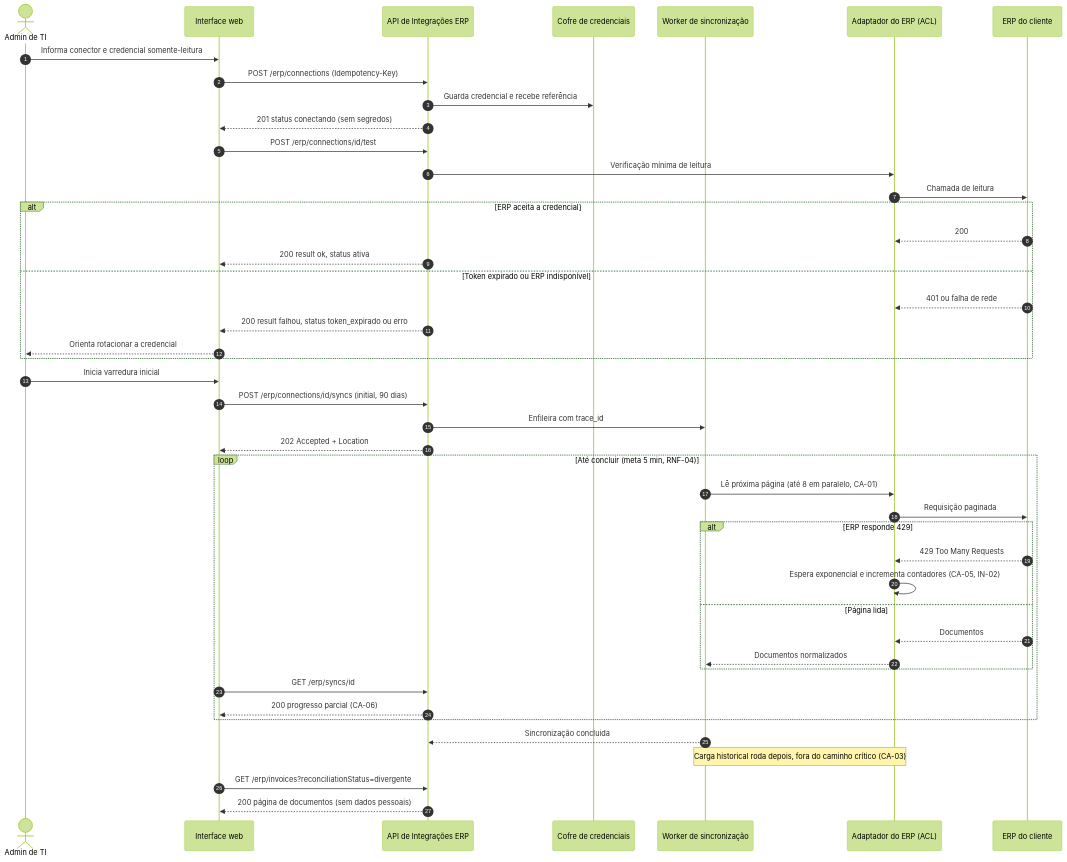
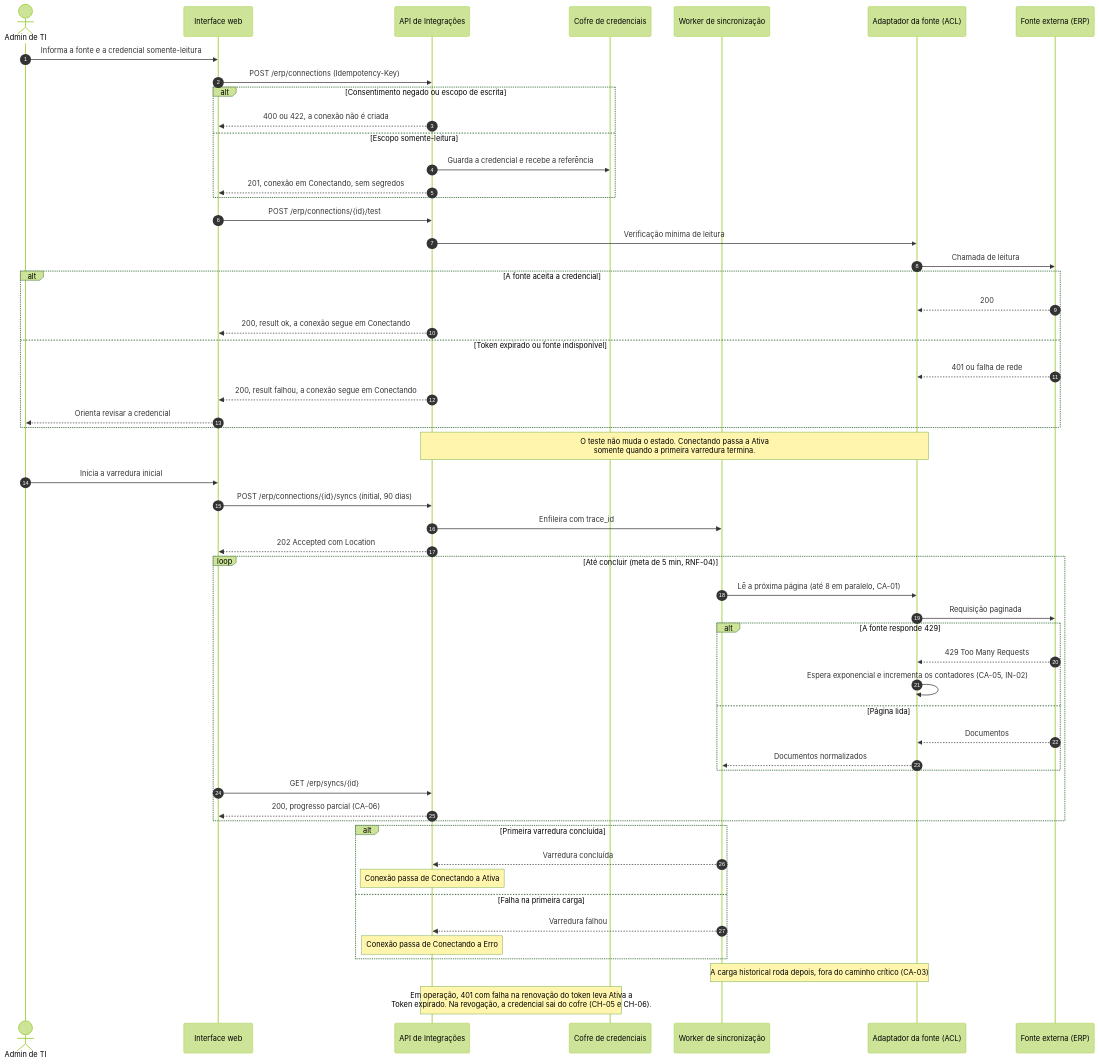
One commit to ES-2026-2/PS changed the eighth of 8 diagrams in semana-07/entregavel-03-diagramas-uml.md. Above: the diagram before and after it, drawn with Mermaid (forest theme). The commit also changed other lines of this file, not shown here.

Commit message:
Refaz entregavel-03 da semana 07 com base na semana 06

````diff
--- a/semana-07/entregavel-03-diagramas-uml.md
+++ b/semana-07/entregavel-03-diagramas-uml.md
@@ -247,48 +1063,63 @@
 ```mermaid
 sequenceDiagram
-  autonumber
-  actor U as Admin de TI
-  participant UI as Interface web
-  participant API as API de Integrações ERP
-  participant COF as Cofre de credenciais
-  participant FILA as Worker de sincronização
-  participant CON as Adaptador do ERP (ACL)
-  participant ERP as ERP do cliente
+    autonumber
+    actor U as Admin de TI
+    participant UI as Interface web
+    participant API as API de Integrações
+    participant COF as Cofre de credenciais
+    participant FILA as Worker de sincronização
+    participant ACL as Adaptador da fonte (ACL)
+    participant FT as Fonte externa (ERP)
 
-  U->>UI: Informa conector e credencial somente-leitura
-  UI->>API: POST /erp/connections (Idempotency-Key)
-  API->>COF: Guarda credencial e recebe referência
-  API-->>UI: 201 status conectando (sem segredos)
-  UI->>API: POST /erp/connections/id/test
-  API->>CON: Verificação mínima de leitura
-  CON->>ERP: Chamada de leitura
-  alt ERP aceita a credencial
-    ERP-->>CON: 200
-    API-->>UI: 200 result ok, status ativa
-  else Token expirado ou ERP indisponível
-    ERP-->>CON: 401 ou falha de rede
-    API-->>UI: 200 result falhou, status token_expirado ou erro
-    UI-->>U: Orienta rotacionar a credencial
-  end
-  U->>UI: Inicia varredura inicial
-  UI->>API: POST /erp/connections/id/syncs (initial, 90 dias)
-  API->>FILA: Enfileira com trace_id
-  API-->>UI: 202 Accepted + Location
-  loop Até concluir (meta 5 min, RNF-04)
-    FILA->>CON: Lê próxima página (até 8 em paralelo, CA-01)
-    CON->>ERP: Requisição paginada
-    alt ERP responde 429
-      ERP-->>CON: 429 Too Many Requests
-      CON->>CON: Espera exponencial e incrementa contadores (CA-05, IN-02)
-    else Página lida
-      ERP-->>CON: Documentos
-      CON-->>FILA: Documentos normalizados
+    U->>UI: Informa a fonte e a credencial somente-leitura
+    UI->>API: POST /erp/connections (Idempotency-Key)
+    alt Consentimento negado ou escopo de escrita
+        API-->>UI: 400 ou 422, a conexão não é criada
+    else Escopo somente-leitura
+        API->>COF: Guarda a credencial e recebe a referência
+        API-->>UI: 201, conexão em Conectando, sem segredos
     end
-    UI->>API: GET /erp/syncs/id
-    API-->>UI: 200 progresso parcial (CA-06)
-  end
-  FILA-->>API: Sincronização concluida
-  Note over FILA,CON: Carga historical roda depois, fora do caminho crítico (CA-03)
-  UI->>API: GET /erp/invoices?reconciliationStatus=divergente
-  API-->>UI: 200 página de documentos (sem dados pessoais)
+
+    UI->>API: POST /erp/connections/{id}/test
+    API->>ACL: Verificação mínima de leitura
+    ACL->>FT: Chamada de leitura
+    alt A fonte aceita a credencial
+        FT-->>ACL: 200
+        API-->>UI: 200, result ok, a conexão segue em Conectando
+    else Token expirado ou fonte indisponível
+        FT-->>ACL: 401 ou falha de rede
+        API-->>UI: 200, result falhou, a conexão segue em Conectando
+        UI-->>U: Orienta revisar a credencial
+    end
+    Note over API,ACL: O teste não muda o estado. Conectando passa a Ativa<br/>somente quando a primeira varredura termina.
+
+    U->>UI: Inicia a varredura inicial
+    UI->>API: POST /erp/connections/{id}/syncs (initial, 90 dias)
+    API->>FILA: Enfileira com trace_id
+    API-->>UI: 202 Accepted com Location
+
+    loop Até concluir (meta de 5 min, RNF-04)
+        FILA->>ACL: Lê a próxima página (até 8 em paralelo, CA-01)
+        ACL->>FT: Requisição paginada
+        alt A fonte responde 429
+            FT-->>ACL: 429 Too Many Requests
+            ACL->>ACL: Espera exponencial e incrementa os contadores (CA-05, IN-02)
+        else Página lida
+            FT-->>ACL: Documentos
+            ACL-->>FILA: Documentos normalizados
+        end
+        UI->>API: GET /erp/syncs/{id}
+        API-->>UI: 200, progresso parcial (CA-06)
+    end
+
+    alt Primeira varredura concluída
+        FILA-->>API: Varredura concluída
+        Note over API: Conexão passa de Conectando a Ativa
+    else Falha na primeira carga
+        FILA-->>API: Varredura falhou
+        Note over API: Conexão passa de Conectando a Erro
+    end
+
+    Note over FILA,ACL: A carga historical roda depois, fora do caminho crítico (CA-03)
+    Note over API,COF: Em operação, 401 com falha na renovação do token leva Ativa a<br/>Token expirado. Na revogação, a credencial sai do cofre (CH-05 e CH-06).
 ```
````
